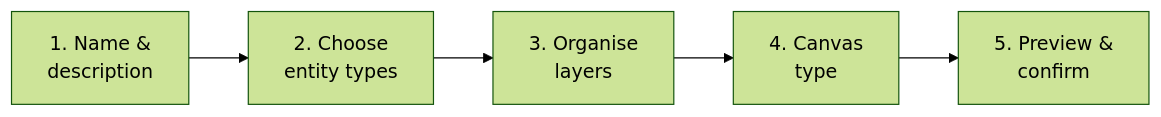
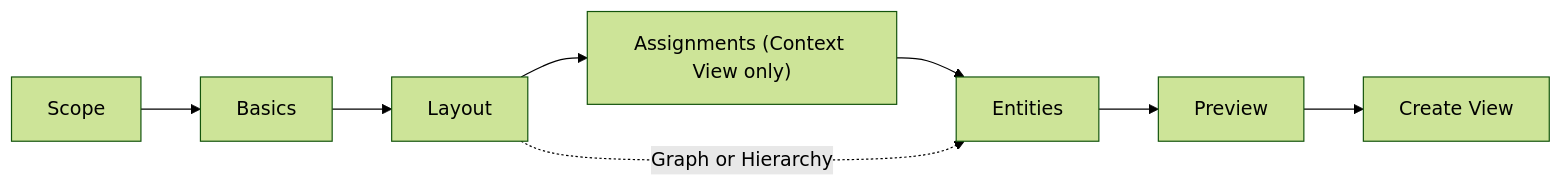
Before and after one commit to rkrumins/dataviz: the diagram in docs/guide/CREATING_VIEWS.md, drawn with Mermaid (forest theme). The commit also changed other lines of this file and 35 other files, not shown here.

````diff
--- a/docs/guide/CREATING_VIEWS.md
+++ b/docs/guide/CREATING_VIEWS.md
@@ -30,6 +21,10 @@
 ```mermaid
 flowchart LR
-  s1[1. Name &<br/>description] --> s2[2. Choose<br/>entity types]
-  s2 --> s3[3. Organise<br/>layers] --> s4[4. Canvas<br/>type]
-  s4 --> s5[5. Preview &<br/>confirm]
+  A[Scope] --> B[Basics]
+  B --> C[Layout]
+  C --> D["Assignments (Context View only)"]
+  D --> E[Entities]
+  C -.->|"Graph or Hierarchy"| E
+  E --> F[Preview]
+  F --> G["Create View"]
 ```
````
